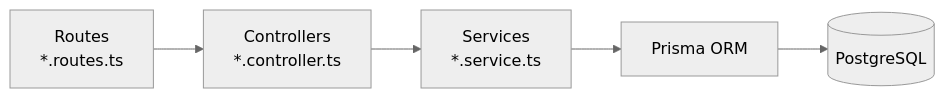
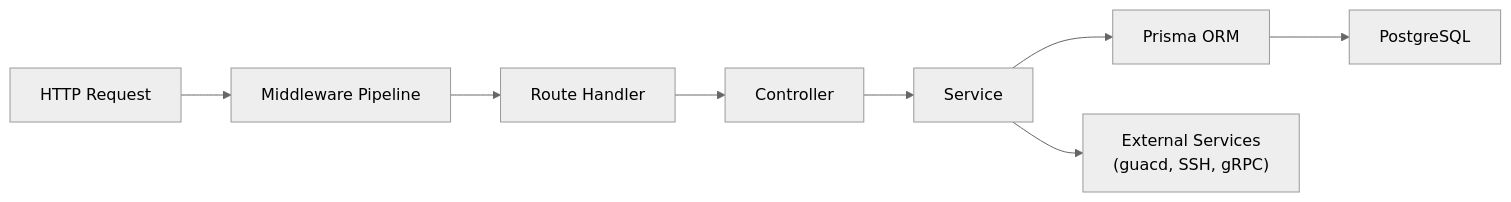
One commit to dnviti/remote-desktop-manager changed the second of 10 diagrams in docs/architecture.md. Above: the diagram before and after it, drawn with Mermaid (neutral theme). The commit also changed other lines of this file and 177 other files, not shown here.

````diff
--- a/docs/architecture.md
+++ b/docs/architecture.md
@@ -128,4 +112,10 @@
 ```mermaid
 flowchart LR
-    Routes["Routes<br/>*.routes.ts"] --> Controllers["Controllers<br/>*.controller.ts"] --> Services["Services<br/>*.service.ts"] --> Prisma["Prisma ORM"] --> DB[(PostgreSQL)]
+    Request["HTTP Request"] --> Middleware["Middleware Pipeline"]
+    Middleware --> Route["Route Handler"]
+    Route --> Controller["Controller"]
+    Controller --> Service["Service"]
+    Service --> Prisma["Prisma ORM"]
+    Prisma --> DB["PostgreSQL"]
+    Service --> External["External Services\n(guacd, SSH, gRPC)"]
 ```
````
